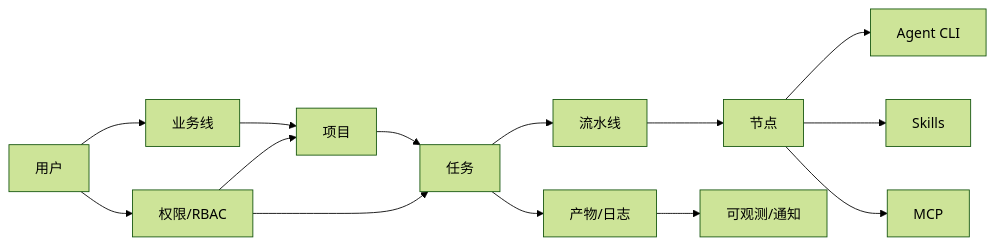
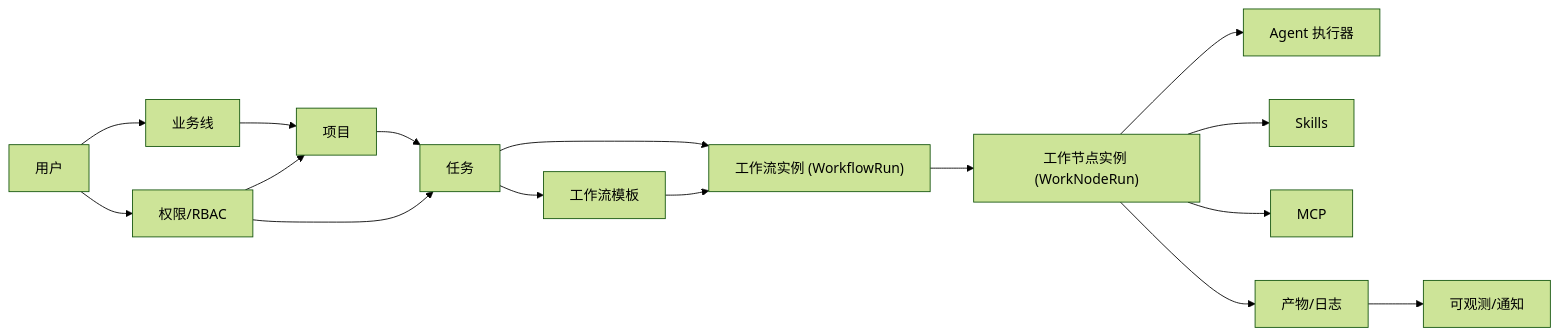
One commit to Whisper24X/personal changed the third of 13 diagrams in docs/ainative-requirement-design.md. Above: the diagram before and after it, drawn with Mermaid (forest theme). The commit also changed other lines of this file and 12 other files, not shown here.

````diff
--- a/docs/ainative-requirement-design.md
+++ b/docs/ainative-requirement-design.md
@@ -132,16 +149,18 @@
 ```mermaid
 flowchart LR
   BL["业务线"] --> P["项目"]
   U["用户"] --> BL
   P --> T["任务"]
-  T --> PL["流水线"]
-  PL --> N["节点"]
-  N --> A["Agent CLI"]
-  N --> S["Skills"]
-  N --> M["MCP"]
-  T --> ART["产物/日志"]
+  T --> WT["工作流模板"]
+  T --> WR["工作流实例 (WorkflowRun)"]
+  WT --> WR
+  WR --> NR["工作节点实例 (WorkNodeRun)"]
+  NR --> A["Agent 执行器"]
+  NR --> S["Skills"]
+  NR --> M["MCP"]
+  NR --> ART["产物/日志"]
   ART --> OBS["可观测/通知"]
   U --> R["权限/RBAC"]
   R --> P
   R --> T
 ```
````
